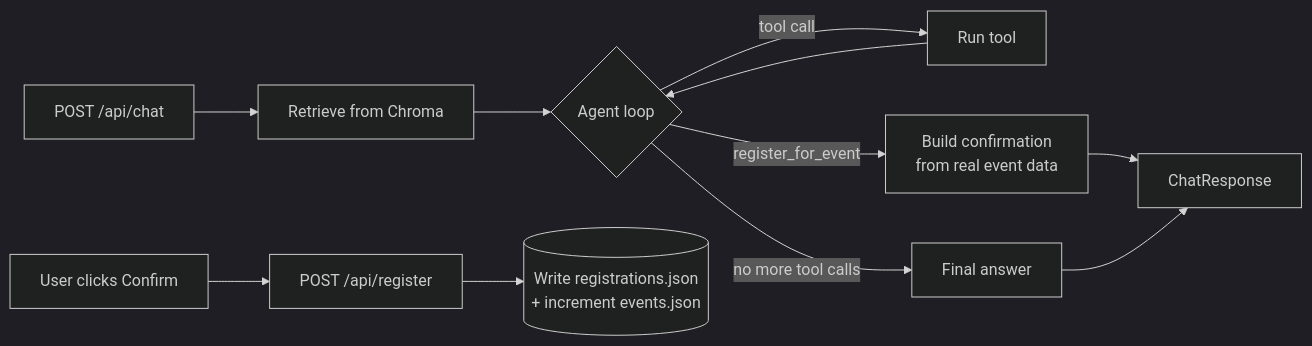
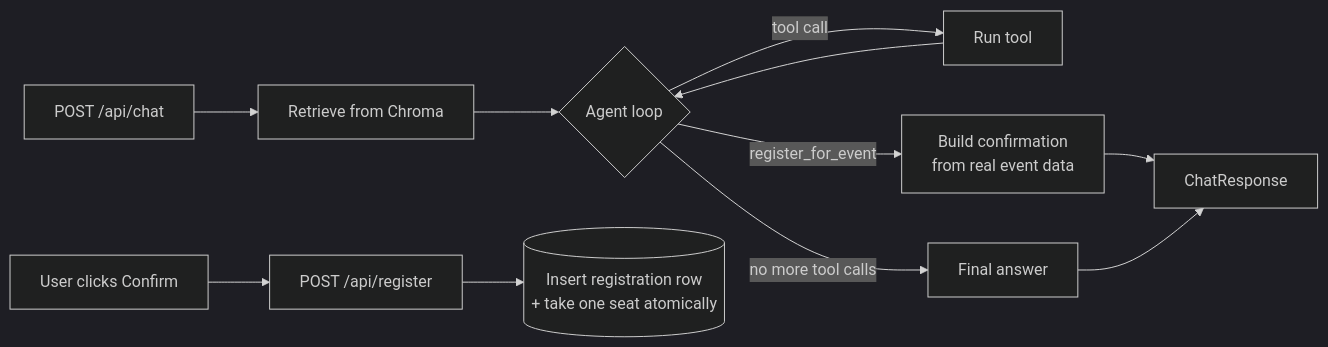
The diagram in backend/README.md (varunaditya27/campus-copilot), drawn with Mermaid (dark theme) before and after one commit. The commit also changed other lines of this file and 28 other files, not shown here.

````diff
--- a/backend/README.md
+++ b/backend/README.md
@@ -37,14 +37,14 @@
 ```mermaid
 flowchart LR
     REQ[POST /api/chat] --> RET[Retrieve from Chroma]
     RET --> LOOP{Agent loop}
     LOOP -->|tool call| TOOL[Run tool]
     TOOL --> LOOP
     LOOP -->|register_for_event| CONF[Build confirmation\nfrom real event data]
     LOOP -->|no more tool calls| ANS[Final answer]
     CONF --> RES[ChatResponse]
     ANS --> RES
 
     UI[User clicks Confirm] --> REG[POST /api/register]
-    REG --> WRITE[(Write registrations.json\n+ increment events.json)]
+    REG --> WRITE[(Insert registration row\n+ take one seat atomically)]
 ```
````
